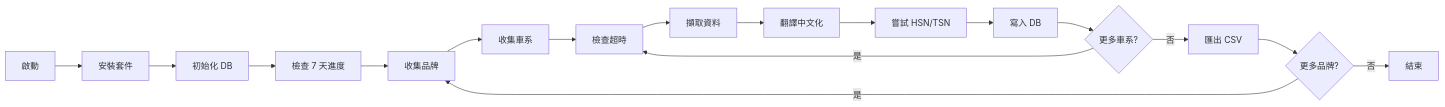
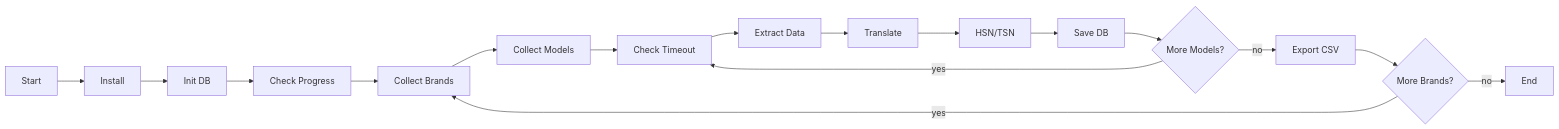
The second of 3 diagrams in 流程圖.md (chi71211/OrangeAutobild), drawn with Mermaid before and after one commit. The commit also changed other lines of this file, not shown here.

Commit message:
Translate flowchart steps to English

````diff
--- a/流程圖.md
+++ b/流程圖.md
@@ -109,19 +109,19 @@
 ```mermaid
 flowchart LR
-    A[啟動] --> B[安裝套件]
-    B --> C[初始化 DB]
-    C --> D[檢查 7 天進度]
-    D --> E[收集品牌]
-    E --> F[收集車系]
-    F --> G[檢查超時]
-    G --> H[擷取資料]
-    H --> I[翻譯中文化]
-    I --> J[嘗試 HSN/TSN]
-    J --> K[寫入 DB]
-    K --> L{更多車系?}
-    L -- 是 --> G
-    L -- 否 --> M[匯出 CSV]
-    M --> N{更多品牌?}
-    N -- 是 --> E
-    N -- 否 --> O[結束]
+    A[Start] --> B[Install]
+    B --> C[Init DB]
+    C --> D[Check Progress]
+    D --> E[Collect Brands]
+    E --> F[Collect Models]
+    F --> G[Check Timeout]
+    G --> H[Extract Data]
+    H --> I[Translate]
+    I --> J[HSN/TSN]
+    J --> K[Save DB]
+    K --> L{More Models?}
+    L -- "yes" --> G
+    L -- "no" --> M[Export CSV]
+    M --> N{More Brands?}
+    N -- "yes" --> E
+    N -- "no" --> O[End]
 ```
````
